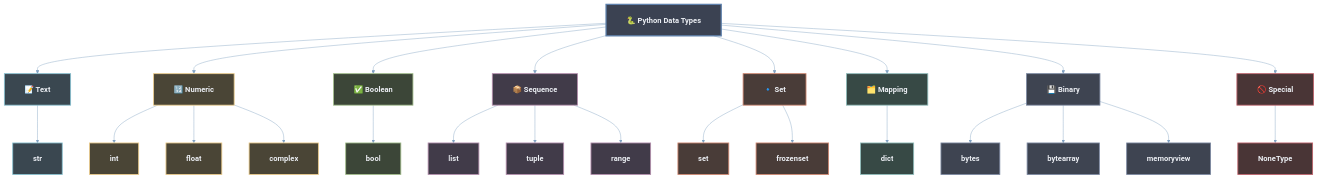
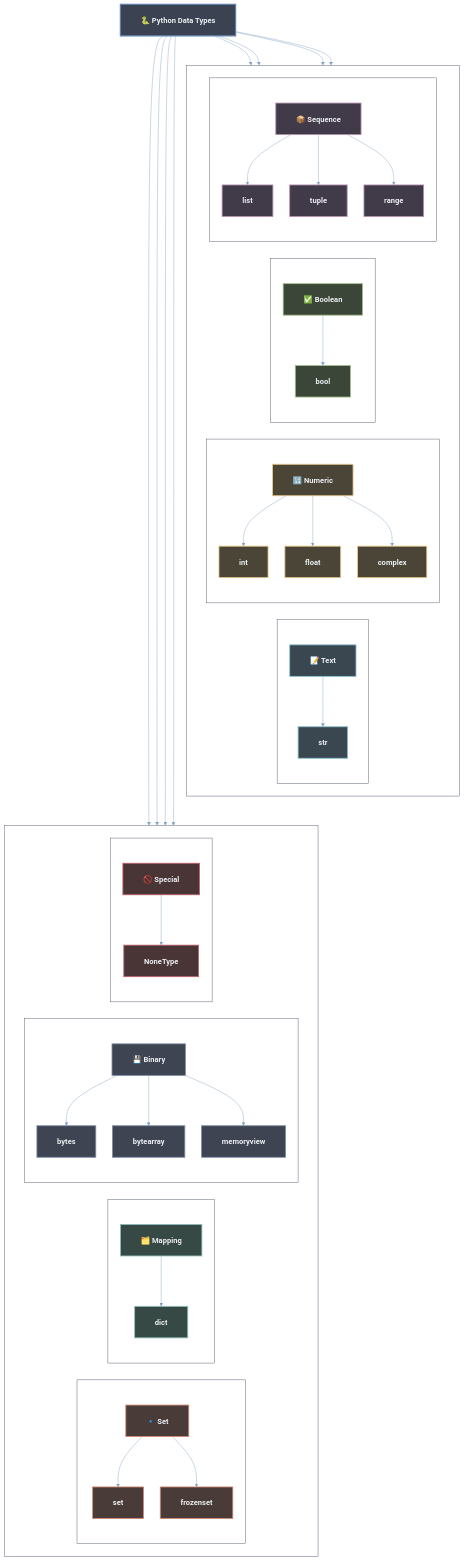
One commit to maliksiddiq/learning-agentic-ai changed the first of 9 diagrams in 01_ Python_For_ Agentic_ Ai/01 Data types/Readme.md. Above: the diagram before and after it, drawn with Mermaid. The commit also changed other lines of this file, not shown here.

````diff
--- a/01_ Python_For_ Agentic_ Ai/01 Data types/Readme.md
+++ b/01_ Python_For_ Agentic_ Ai/01 Data types/Readme.md
@@ -22,39 +22,65 @@
 ```mermaid
-%%{init: {'theme': 'base', 'themeVariables': {'background': '#2E3440', 'primaryColor': '#3B4252', 'primaryTextColor': '#ECEFF4', 'primaryBorderColor': '#5E81AC', 'secondaryColor': '#434C5E', 'tertiaryColor': '#3B4252', 'lineColor': '#81A1C1', 'edgeLabelBackground': '#3B4252', 'fontSize': '18px', 'fontFamily': 'Segoe UI, Arial, sans-serif'}, 'flowchart': {'useMaxWidth': true, 'htmlLabels': true, 'nodeSpacing': 65, 'rankSpacing': 90, 'curve': 'basis', 'padding': 24}} }%%
+%%{init: {'theme': 'base', 'themeVariables': {'background': '#2E3440', 'primaryColor': '#3B4252', 'primaryTextColor': '#ECEFF4', 'primaryBorderColor': '#5E81AC', 'secondaryColor': '#434C5E', 'tertiaryColor': '#3B4252', 'lineColor': '#81A1C1', 'edgeLabelBackground': '#3B4252', 'fontSize': '17px', 'fontFamily': 'Segoe UI, Arial, sans-serif'}, 'flowchart': {'useMaxWidth': true, 'htmlLabels': true, 'nodeSpacing': 40, 'rankSpacing': 70, 'curve': 'basis', 'padding': 24}} }%%
 flowchart TD
     ROOT["🐍 Python Data Types"]
 
-    ROOT --> TEXT["📝 Text"]
-    ROOT --> NUM["🔢 Numeric"]
-    ROOT --> BOOL["✅ Boolean"]
-    ROOT --> SEQ["📦 Sequence"]
-    ROOT --> SET["🔹 Set"]
-    ROOT --> MAP["🗂️ Mapping"]
-    ROOT --> BIN["💾 Binary"]
-    ROOT --> SPEC["🚫 Special"]
+    subgraph ROW1[ ]
+    direction LR
+        subgraph FAM_TEXT[ ]
+        direction TB
+            TEXT["📝 Text"] --> str["str"]
+        end
+        subgraph FAM_NUM[ ]
+        direction TB
+            NUM["🔢 Numeric"] --> int["int"]
+            NUM --> float["float"]
+            NUM --> complex["complex"]
+        end
+        subgraph FAM_BOOL[ ]
+        direction TB
+            BOOL["✅ Boolean"] --> bool["bool"]
+        end
+        subgraph FAM_SEQ[ ]
+        direction TB
+            SEQ["📦 Sequence"] --> list["list"]
+            SEQ --> tuple["tuple"]
+            SEQ --> range["range"]
+        end
+    end
 
-    TEXT --> str["str"]
+    subgraph ROW2[ ]
+    direction LR
+        subgraph FAM_SET[ ]
+        direction TB
+            SET["🔹 Set"] --> set1["set"]
+            SET --> frozenset["frozenset"]
+        end
+        subgraph FAM_MAP[ ]
+        direction TB
+            MAP["🗂️ Mapping"] --> dict["dict"]
+        end
+        subgraph FAM_BIN[ ]
+        direction TB
+            BIN["💾 Binary"] --> bytes["bytes"]
+            BIN --> bytearray["bytearray"]
+            BIN --> memoryview["memoryview"]
+        end
+        subgraph FAM_SPEC[ ]
+        direction TB
+            SPEC["🚫 Special"] --> NoneType["NoneType"]
+        end
+    end
 
-    NUM --> int["int"]
-    NUM --> float["float"]
-    NUM --> complex["complex"]
+    ROOT --> TEXT
+    ROOT --> NUM
+    ROOT --> BOOL
+    ROOT --> SEQ
+    ROOT --> SET
+    ROOT --> MAP
+    ROOT --> BIN
+    ROOT --> SPEC
 
-    BOOL --> bool["bool"]
-
-    SEQ --> list["list"]
-    SEQ --> tuple["tuple"]
-    SEQ --> range["range"]
-
-    SET --> set1["set"]
-    SET --> frozenset["frozenset"]
-
-    MAP --> dict["dict"]
-
-    BIN --> bytes["bytes"]
-    BIN --> bytearray["bytearray"]
-    BIN --> memoryview["memoryview"]
-
-    SPEC --> NoneType["NoneType"]
+    ROW1 ~~~ ROW2
 
     classDef root fill:#3B4252,color:#ECEFF4,stroke:#5E81AC,stroke-width:3px,font-weight:bold,font-size:18px
     classDef text fill:#3A4750,color:#ECEFF4,stroke:#88C0D0,stroke-width:2px,font-weight:600
@@ -65,6 +91,7 @@
     classDef mapp fill:#374945,color:#ECEFF4,stroke:#8FBCBB,stroke-width:2px,font-weight:600
     classDef bin fill:#3E4451,color:#ECEFF4,stroke:#7B88A1,stroke-width:2px,font-weight:600
     classDef spec fill:#493536,color:#ECEFF4,stroke:#BF616A,stroke-width:2px,font-weight:600
+    classDef grp fill:transparent,stroke:#434C5E,stroke-width:1px
 
     class ROOT root
     class TEXT,str text
@@ -75,4 +102,5 @@
     class MAP,dict mapp
     class BIN,bytes,bytearray,memoryview bin
     class SPEC,NoneType spec
+    class ROW1,ROW2,FAM_TEXT,FAM_NUM,FAM_BOOL,FAM_SEQ,FAM_SET,FAM_MAP,FAM_BIN,FAM_SPEC grp
 ```
````
